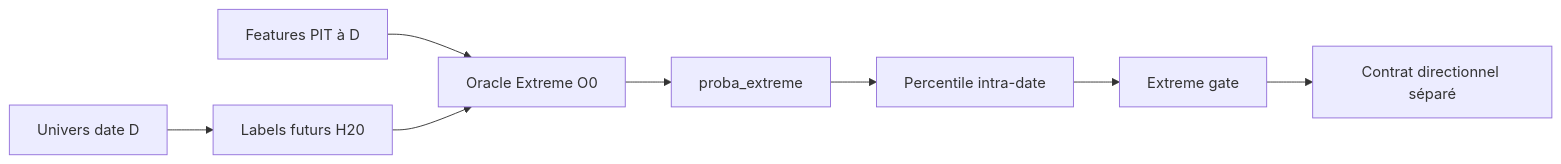
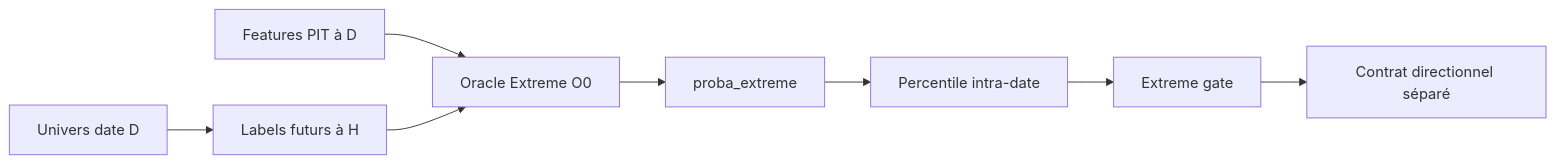
The diagram in doc/ml/oracle/README.md (mli2000fr/alpha_trade), drawn with Mermaid before and after one commit. The commit also changed other lines of this file and 16 other files, not shown here.

````diff
--- a/doc/ml/oracle/README.md
+++ b/doc/ml/oracle/README.md
@@ -18,10 +18,10 @@
 ```mermaid
 flowchart LR
-  U[Univers date D] --> L[Labels futurs H20]
+  U[Univers date D] --> L[Labels futurs à H]
   F[Features PIT à D] --> O[Oracle Extreme O0]
   L --> O
   O --> P[proba_extreme]
   P --> X[Percentile intra-date]
   X --> G[Extreme gate]
   G --> R[Contrat directionnel séparé]
 ```
````
